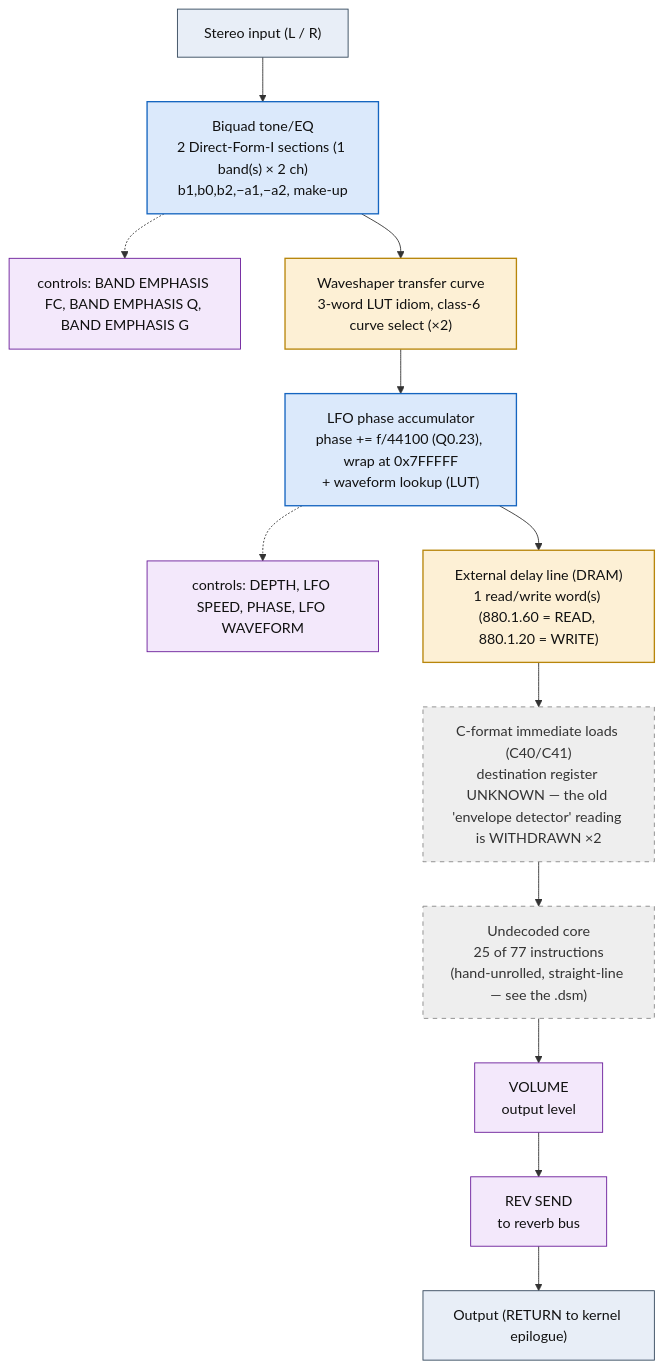
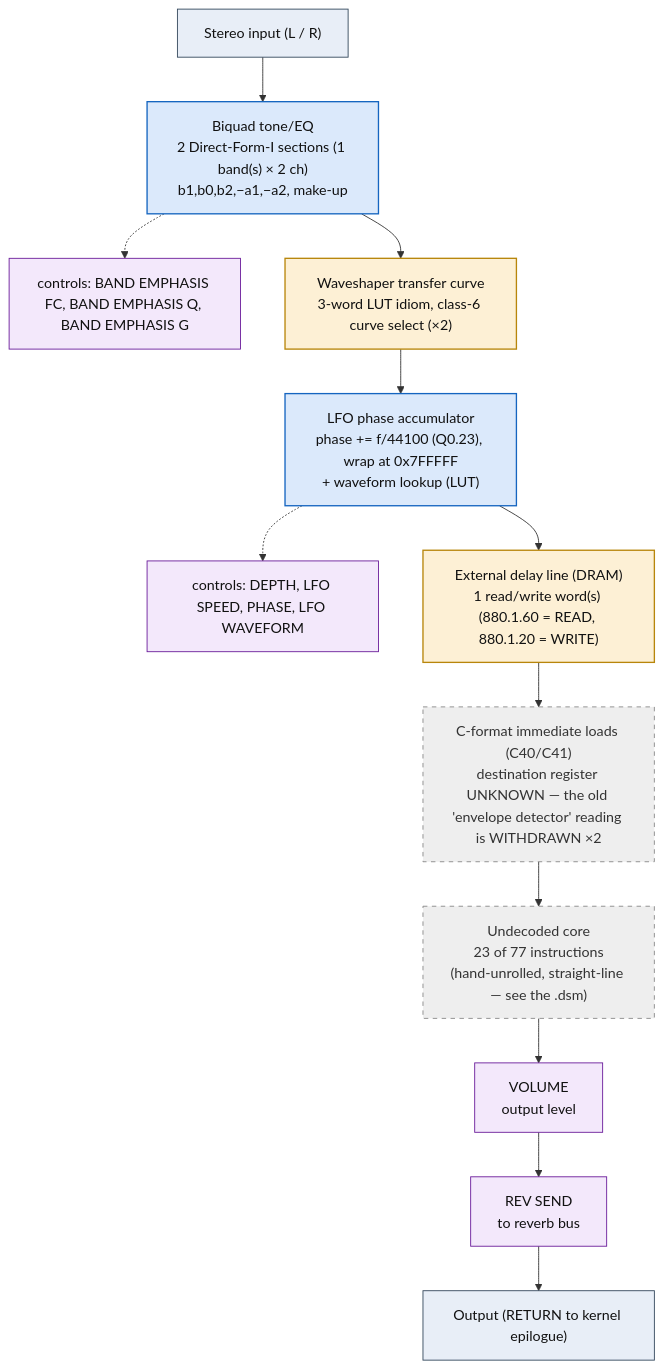
One commit to ArqueologiaDigital/kn5000-roms-disasm changed the diagram in dsp/flowcharts/prog74_peq_vibrato.md. Above: the diagram before and after it, drawn with Mermaid. The commit also changed other lines of this file and 63 other files, not shown here.

````diff
--- a/dsp/flowcharts/prog74_peq_vibrato.md
+++ b/dsp/flowcharts/prog74_peq_vibrato.md
@@ -12,38 +12,38 @@
 ```mermaid
 flowchart TD
     N0["Stereo input (L / R)"]
     N1["Biquad tone/EQ<br/>2 Direct-Form-I sections (1 band(s) &times; 2 ch)<br/>b1,b0,b2,&minus;a1,&minus;a2, make-up"]
     N0 --> N1
     N2["controls: BAND EMPHASIS FC, BAND EMPHASIS Q, BAND EMPHASIS G"]
     N1 -.-> N2
     N3["Waveshaper transfer curve<br/>3-word LUT idiom, class-6 curve select (&times;2)"]
     N1 --> N3
     N4["LFO phase accumulator<br/>phase += f/44100 (Q0.23), wrap at 0x7FFFFF<br/>+ waveform lookup (LUT)"]
     N3 --> N4
     N5["controls: DEPTH, LFO SPEED, PHASE, LFO WAVEFORM"]
     N4 -.-> N5
     N6["External delay line (DRAM)<br/>1 read/write word(s) (880.1.60 = READ, 880.1.20 = WRITE)"]
     N4 --> N6
     N7["C-format immediate loads (C40/C41)<br/>destination register UNKNOWN &mdash; the old 'envelope detector' reading is WITHDRAWN &times;2"]
     N6 --> N7
-    N8["Undecoded core<br/>25 of 77 instructions<br/>(hand-unrolled, straight-line &mdash; see the .dsm)"]
+    N8["Undecoded core<br/>23 of 77 instructions<br/>(hand-unrolled, straight-line &mdash; see the .dsm)"]
     N7 --> N8
     N9["VOLUME<br/>output level"]
     N8 --> N9
     N10["REV SEND<br/>to reverb bus"]
     N9 --> N10
     N11["Output (RETURN to kernel epilogue)"]
     N10 --> N11
 
     classDef io fill:#e8eef7,stroke:#33475b,stroke-width:1px,color:#111;
     classDef proven fill:#d7f0d7,stroke:#2e7d32,stroke-width:2px,color:#111;
     classDef measured fill:#dbe9fb,stroke:#1565c0,stroke-width:1.5px,color:#111;
     classDef inferred fill:#fdf0d5,stroke:#b8860b,stroke-width:1.5px,color:#111;
     classDef open fill:#eeeeee,stroke:#888,stroke-width:1px,color:#333,stroke-dasharray:5 5;
     classDef ctrl fill:#f3e8fb,stroke:#6a1b9a,stroke-width:1px,color:#111;
     class N0,N11 io;
     class N1,N4 measured;
     class N2,N5,N9,N10 ctrl;
     class N3,N6 inferred;
     class N7,N8 open;
 ```
````
